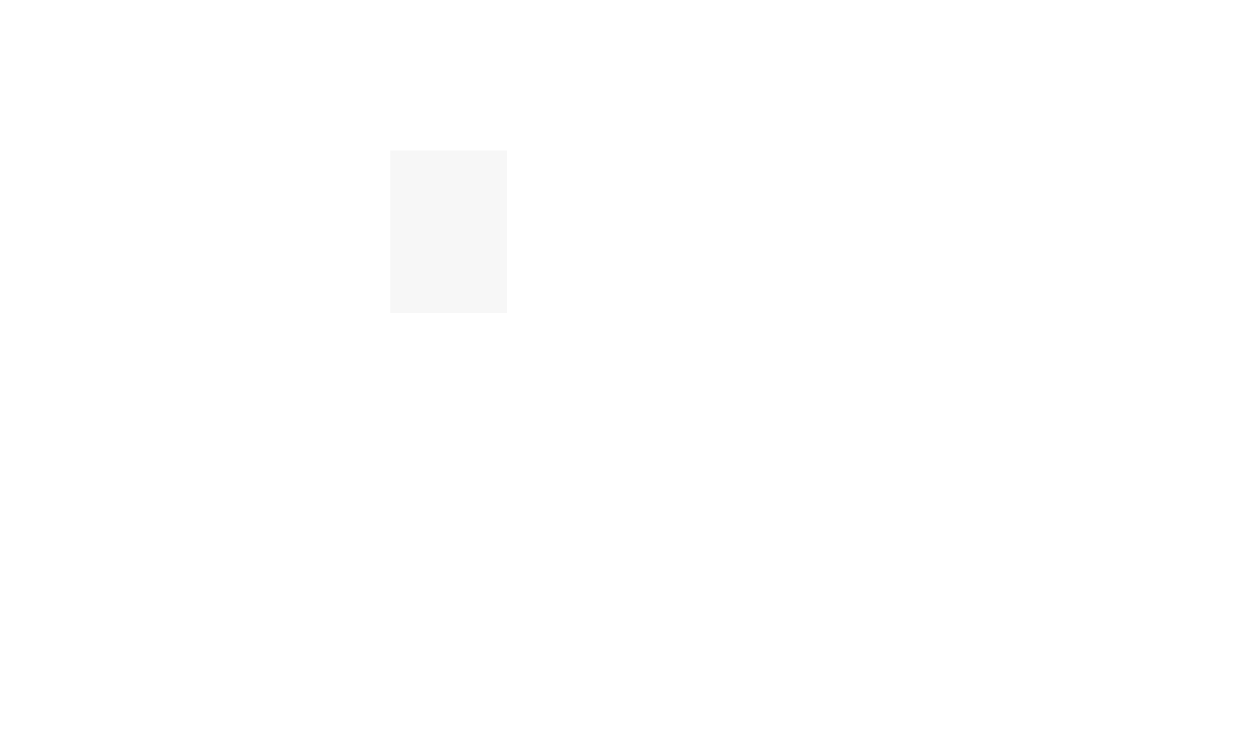
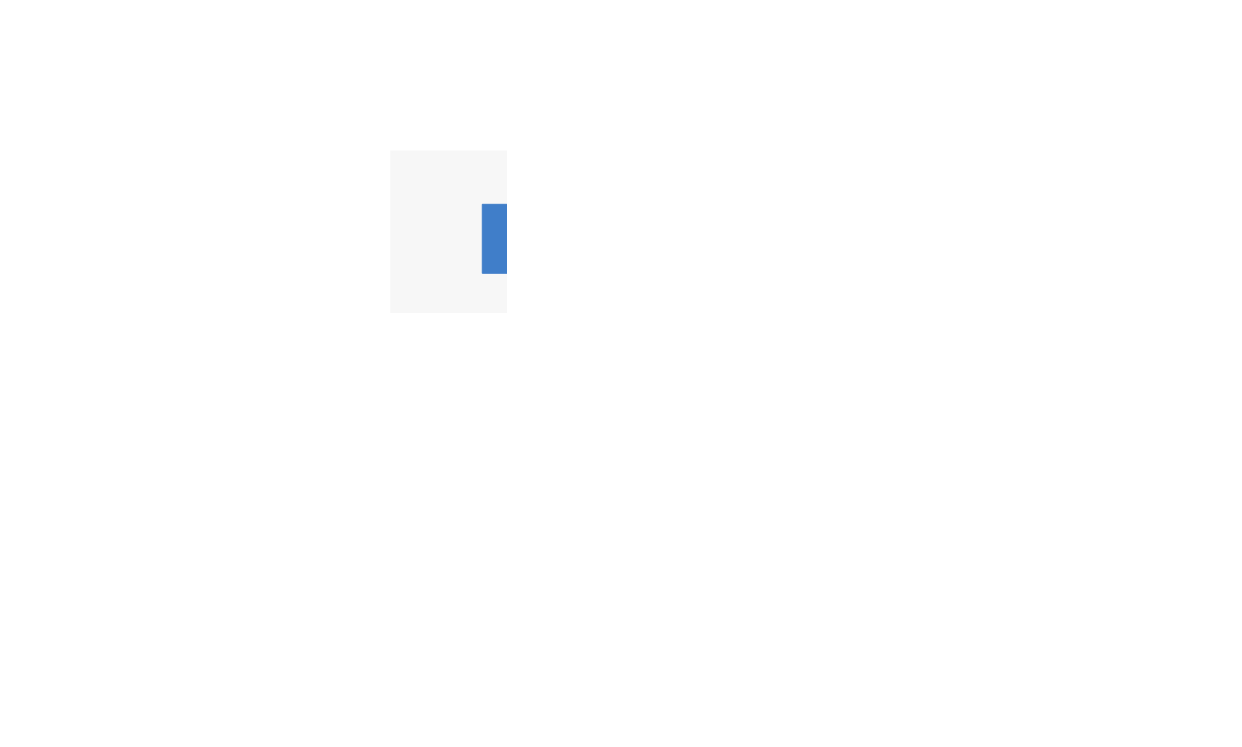
One commit to abruzzi/graphviz-scripts changed the diagram in jigsaw-microservice.dot. Above: the diagram before and after it, drawn with Graphviz.

Commit message:
update the jigsaw arch

```diff
--- a/jigsaw-microservice.dot
+++ b/jigsaw-microservice.dot
@@ -1,74 +1,69 @@
 digraph jigsaw {
 	fontname="Microsoft YaHei";
     fontsize=10;
     dir=LR;
 	splines="compound";
 
     graph [dpi=180];
 
     node [color="#3C7CCC", shape="record", fontname="Consolas", fontsize=10, penwidth=0.5];
     edge [color="#636260", fontname="Consolas", fontsize=10, arrowhead="empty",	penwidth=0.5];
 
 	desktop [label="Desktop - Chrome", color="#E16726", style="filled", fontcolor="#ffffff"];
 	pad [label="Pad/Laptop - Chrome", color="#0A9DE5", style="filled", fontcolor="#ffffff"];
 
     eureka_server [label="Eureka Service Discovery", color="#F68D2E", style="filled", fontcolor="#ffffff"];
 
- 	{
-    	rank = same;
-  		//entry_point;
-  		//eureka_server;
-  	}
-
   	subgraph cluster_frontend {
 		label="Frontend Entry Point";
 		style="filled"
 		color="#F7F7F7"
 
-		feign_client_staff [label="Feign Client - Ribbon", color="#F04E98", style="filled", fontcolor="#ffffff"];
-		feign_client_assignment [label="Feign Client - Ribbon", color="#F04E98", style="filled", fontcolor="#ffffff"];
-		entry_point [label="Entry Point", color="#F04E98", style="filled", fontcolor="#ffffff"];
+		feign_client_staff [label="Feign Client - Ribbon", color="#407EC9", style="filled", fontcolor="#ffffff"];
+		feign_client_assignment [label="Feign Client - Ribbon", color="#407EC9", style="filled", fontcolor="#ffffff"];
+		entry_point [label="Entry Point", color="#407EC9", style="filled", fontcolor="#ffffff"];
+        static_pages [label="Static Assets", color="#407EC9", style="filled", fontcolor="#ffffff"];
   	}
 
   	entry_point -> feign_client_assignment;
   	entry_point -> feign_client_staff;
 
     subgraph cluster_staff {
     	label="Staff Service Cluster";
 		style="filled"
 		color="#F7F7F7"
 
     	staff_service_1 [label="Staff\n Micro-service", color="#20C3DE", style="filled", fontcolor="#ffffff"];
     	staff_service_2 [label="Staff\n Micro-service", color="#20C3DE", style="filled", fontcolor="#ffffff"];
     	staff_service_3 [label="Staff\n Micro-service", color="#20C3DE", style="filled", fontcolor="#ffffff"];
     }
 
     subgraph cluster_assignments {
     	label="Assignment Service Cluster";
 		style="filled"
 		color="#F7F7F7"
 
     	assignment_service_1 [label="Assignment\n Micro-service", color="#319B42", style="filled", fontcolor="#ffffff"];
     	assignment_service_2 [label="Assignment\n Micro-service", color="#319B42", style="filled", fontcolor="#ffffff"];
     }
 
     desktop -> entry_point [label="HTTP Request", color="#DA291C", fontcolor="#DA291C"];
     pad -> entry_point [label="HTTP Request", color="#DA291C", fontcolor="#DA291C"];
 
     entry_point -> eureka_server [label="register", color="#407EC9", fontcolor="#407EC9"];
     staff_service_1 -> eureka_server [label="register", color="#407EC9", fontcolor="#407EC9"];
     staff_service_2 -> eureka_server [label="register", color="#407EC9", fontcolor="#407EC9"];
     staff_service_3 -> eureka_server [label="register", color="#407EC9", fontcolor="#407EC9"];
 
     assignment_service_1 -> eureka_server [label="register", color="#407EC9", fontcolor="#407EC9"];
     assignment_service_2 -> eureka_server [label="register", color="#407EC9", fontcolor="#407EC9"];
 
 
     feign_client_staff -> staff_service_1 [label="HTTP Request", color="#DA291C", fontcolor="#DA291C"];
     feign_client_staff -> staff_service_2 [style="dashed", color="#707070"];
     feign_client_staff -> staff_service_3 [style="dashed", color="#707070"];
 
     feign_client_assignment -> assignment_service_1 [label="HTTP Request", color="#DA291C", fontcolor="#DA291C"];
     feign_client_assignment -> assignment_service_2 [style="dashed", color="#707070"];
 
 }
```
